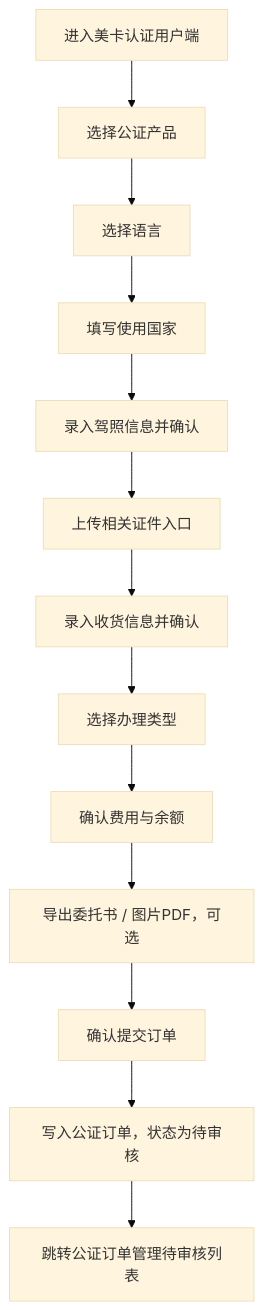
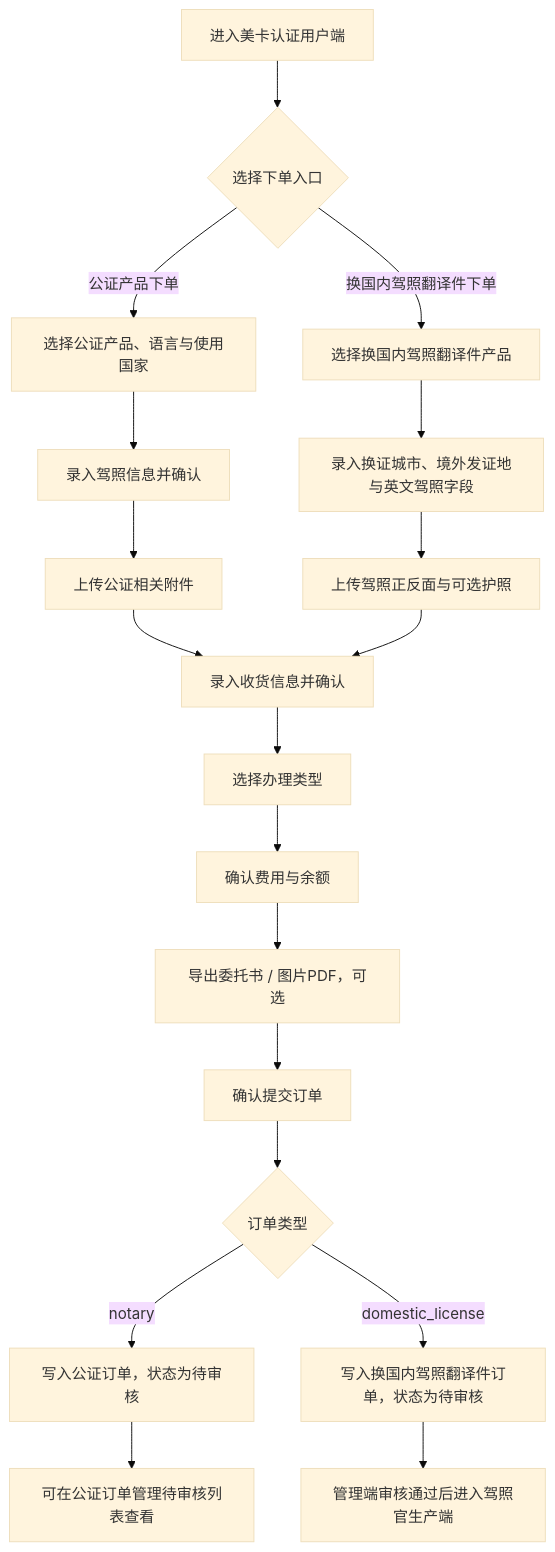
Before and after one commit to y15138550722-ops/mei-ka: the diagram in specs/Meika System Port/mei_ka_Client side.md, drawn with Mermaid (base theme). The commit also changed other lines of this file and 98 other files, not shown here.

````diff
--- a/specs/Meika System Port/mei_ka_Client side.md
+++ b/specs/Meika System Port/mei_ka_Client side.md
@@ -141,16 +161,22 @@
 ```mermaid
 flowchart TD
     C["进入美卡认证用户端"]
-    C --> D["选择公证产品"]
-    D --> E["选择语言"]
-    E --> U["填写使用国家"]
-    U --> F["录入驾照信息并确认"]
-    F --> G["上传相关证件入口"]
+    C --> T{"选择下单入口"}
+    T -->|"公证产品下单"| D["选择公证产品、语言与使用国家"]
+    T -->|"换国内驾照翻译件下单"| X["选择换国内驾照翻译件产品"]
+    D --> F["录入驾照信息并确认"]
+    F --> G["上传公证相关附件"]
     G --> H["录入收货信息并确认"]
+    X --> Y["录入换证城市、境外发证地与英文驾照字段"]
+    Y --> Z["上传驾照正反面与可选护照"]
+    Z --> H
     H --> I["选择办理类型"]
     I --> J["确认费用与余额"]
     J --> K["导出委托书 / 图片PDF，可选"]
     K --> L["确认提交订单"]
-    L --> M["写入公证订单，状态为待审核"]
-    M --> N["跳转公证订单管理待审核列表"]
+    L --> M{"订单类型"}
+    M -->|"notary"| N["写入公证订单，状态为待审核"]
+    M -->|"domestic_license"| O["写入换国内驾照翻译件订单，状态为待审核"]
+    N --> P["可在公证订单管理待审核列表查看"]
+    O --> Q["管理端审核通过后进入驾照官生产端"]
 ```
````
